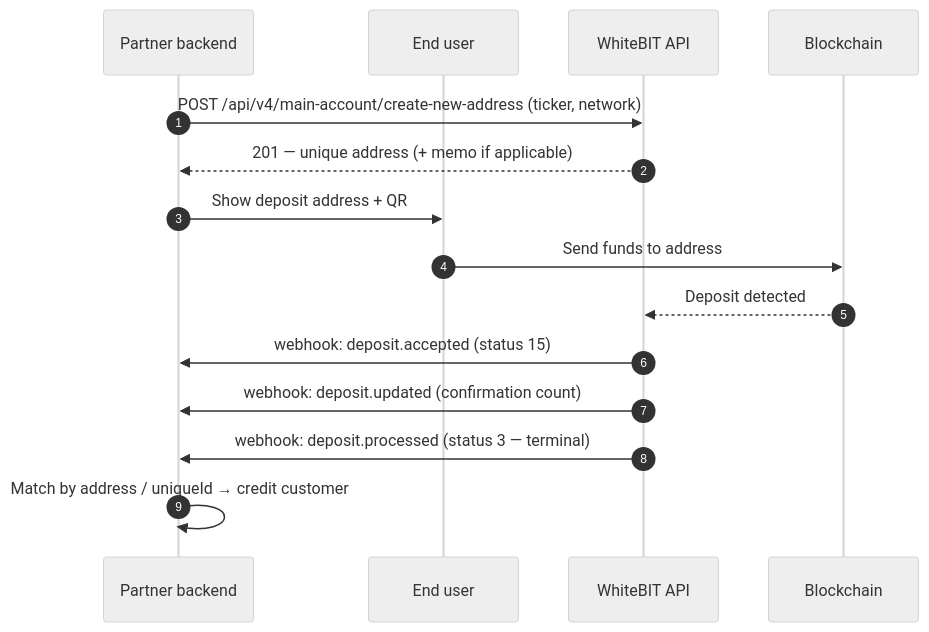
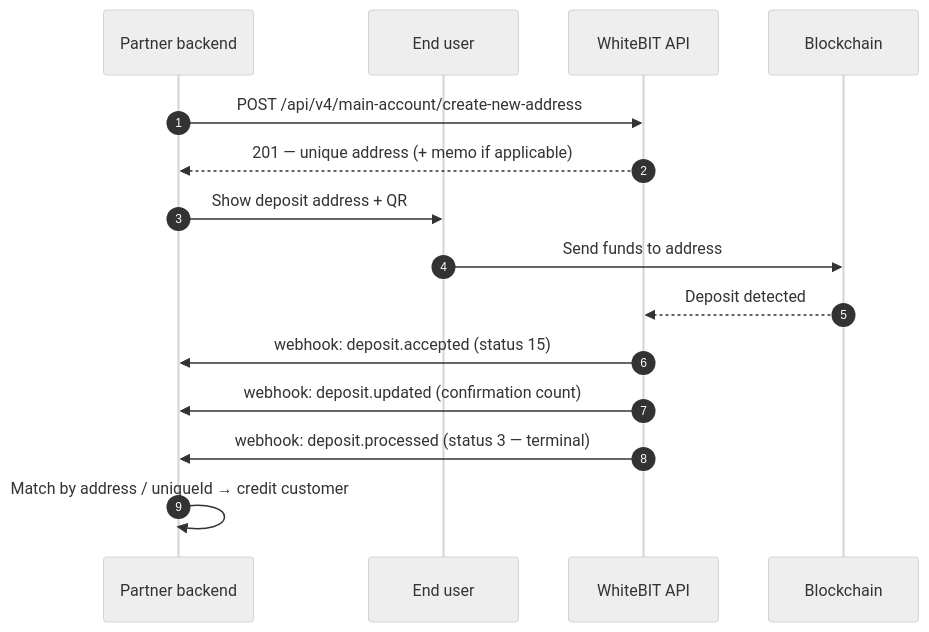
One commit to whitebit-exchange/docs changed the first of 4 diagrams in guides/payment-integration.mdx. Above: the diagram before and after it, drawn with Mermaid (neutral theme). The commit also changed other lines of this file and 5 other files, not shown here.

````diff
--- a/guides/payment-integration.mdx
+++ b/guides/payment-integration.mdx
@@ -25,18 +33,18 @@
 ```mermaid
 sequenceDiagram
     autonumber
     participant P as Partner backend
     participant U as End user
     participant W as WhiteBIT API
     participant B as Blockchain
 
-    P->>W: POST /api/v4/main-account/create-new-address (ticker, network)
+    P->>W: POST /api/v4/main-account/create-new-address
     W-->>P: 201 — unique address (+ memo if applicable)
     P->>U: Show deposit address + QR
     U->>B: Send funds to address
     B-->>W: Deposit detected
     W->>P: webhook: deposit.accepted (status 15)
     W->>P: webhook: deposit.updated (confirmation count)
     W->>P: webhook: deposit.processed (status 3 — terminal)
     P->>P: Match by address / uniqueId → credit customer
 ```
````
